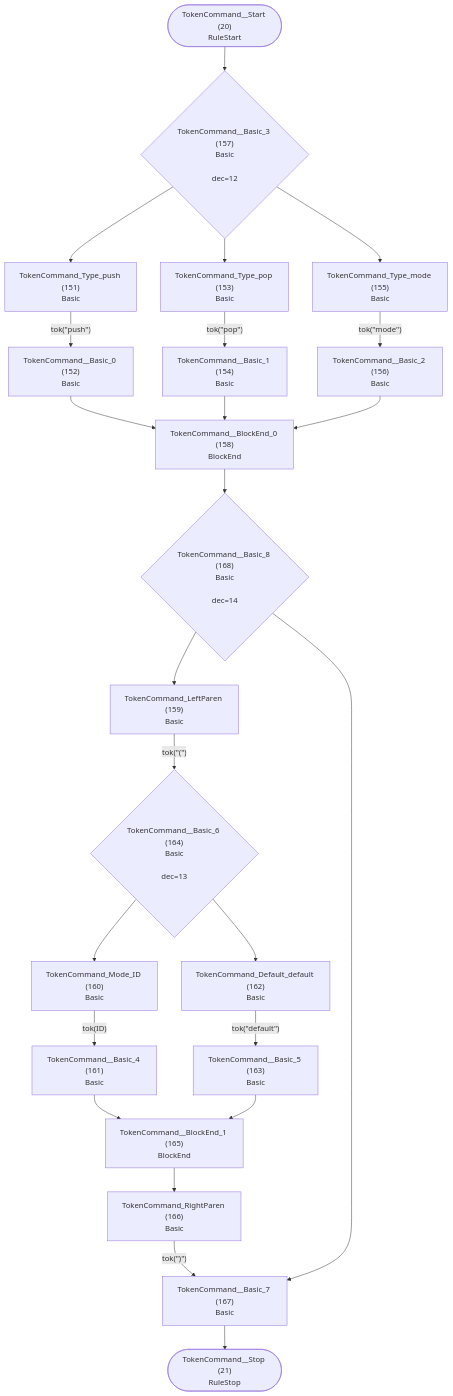
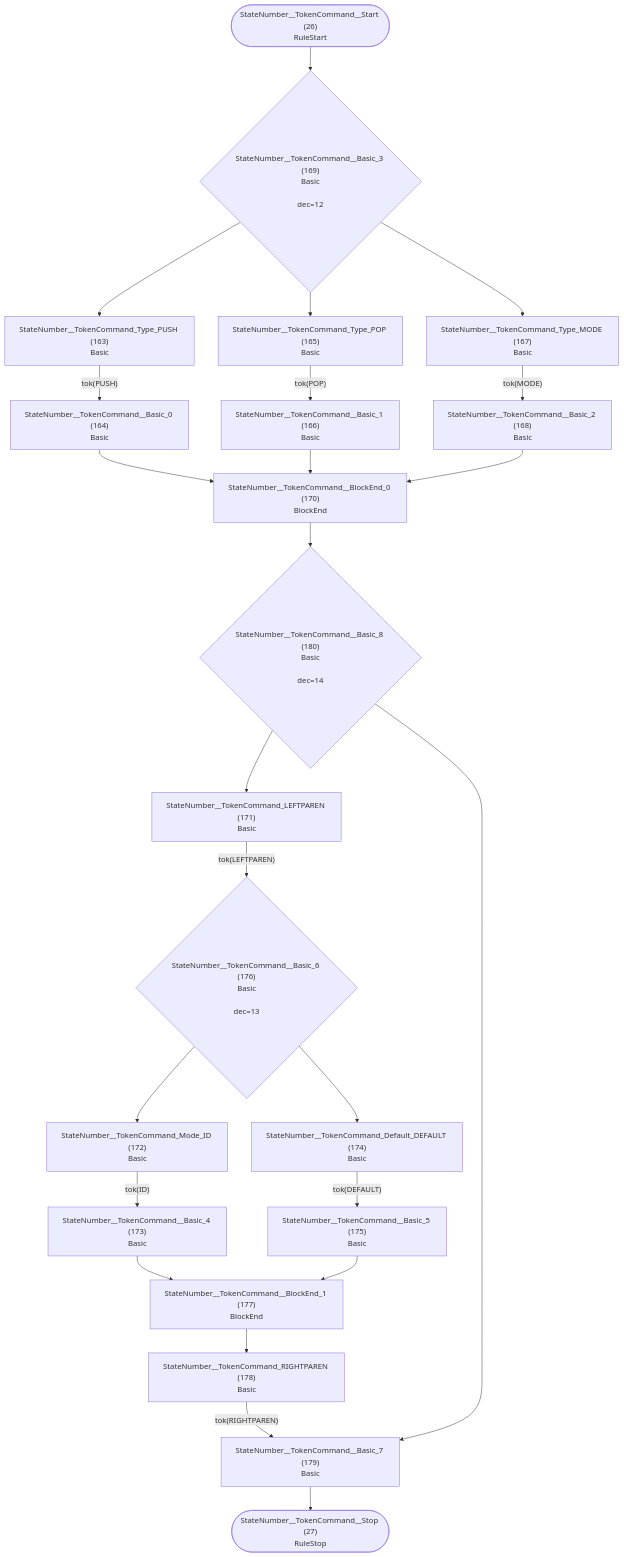
One commit to TypeFox/fastbelt changed diagram 14 of 32 in internal/grammar/atn.md. Above: the diagram before and after it, drawn with Mermaid. The commit also changed other lines of this file and 5 other files, not shown here.

````diff
--- a/internal/grammar/atn.md
+++ b/internal/grammar/atn.md
@@ -310,47 +352,47 @@
 ```mermaid
 flowchart TD
-    q20(["TokenCommand__Start (20)<br/>RuleStart"])
-    q21(["TokenCommand__Stop (21)<br/>RuleStop"])
-    q151["TokenCommand_Type_push (151)<br/>Basic<br/>"]
-    q152["TokenCommand__Basic_0 (152)<br/>Basic<br/>"]
-    q153["TokenCommand_Type_pop (153)<br/>Basic<br/>"]
-    q154["TokenCommand__Basic_1 (154)<br/>Basic<br/>"]
-    q155["TokenCommand_Type_mode (155)<br/>Basic<br/>"]
-    q156["TokenCommand__Basic_2 (156)<br/>Basic<br/>"]
-    q157{"TokenCommand__Basic_3 (157)<br/>Basic<br/><br/>dec=12"}
-    q158["TokenCommand__BlockEnd_0 (158)<br/>BlockEnd<br/>"]
-    q159["TokenCommand_LeftParen (159)<br/>Basic<br/>"]
-    q160["TokenCommand_Mode_ID (160)<br/>Basic<br/>"]
-    q161["TokenCommand__Basic_4 (161)<br/>Basic<br/>"]
-    q162["TokenCommand_Default_default (162)<br/>Basic<br/>"]
-    q163["TokenCommand__Basic_5 (163)<br/>Basic<br/>"]
-    q164{"TokenCommand__Basic_6 (164)<br/>Basic<br/><br/>dec=13"}
-    q165["TokenCommand__BlockEnd_1 (165)<br/>BlockEnd<br/>"]
-    q166["TokenCommand_RightParen (166)<br/>Basic<br/>"]
-    q167["TokenCommand__Basic_7 (167)<br/>Basic<br/>"]
-    q168{"TokenCommand__Basic_8 (168)<br/>Basic<br/><br/>dec=14"}
+    q26(["StateNumber__TokenCommand__Start (26)<br/>RuleStart"])
+    q27(["StateNumber__TokenCommand__Stop (27)<br/>RuleStop"])
+    q163["StateNumber__TokenCommand_Type_PUSH (163)<br/>Basic<br/>"]
+    q164["StateNumber__TokenCommand__Basic_0 (164)<br/>Basic<br/>"]
+    q165["StateNumber__TokenCommand_Type_POP (165)<br/>Basic<br/>"]
+    q166["StateNumber__TokenCommand__Basic_1 (166)<br/>Basic<br/>"]
+    q167["StateNumber__TokenCommand_Type_MODE (167)<br/>Basic<br/>"]
+    q168["StateNumber__TokenCommand__Basic_2 (168)<br/>Basic<br/>"]
+    q169{"StateNumber__TokenCommand__Basic_3 (169)<br/>Basic<br/><br/>dec=12"}
+    q170["StateNumber__TokenCommand__BlockEnd_0 (170)<br/>BlockEnd<br/>"]
+    q171["StateNumber__TokenCommand_LEFTPAREN (171)<br/>Basic<br/>"]
+    q172["StateNumber__TokenCommand_Mode_ID (172)<br/>Basic<br/>"]
+    q173["StateNumber__TokenCommand__Basic_4 (173)<br/>Basic<br/>"]
+    q174["StateNumber__TokenCommand_Default_DEFAULT (174)<br/>Basic<br/>"]
+    q175["StateNumber__TokenCommand__Basic_5 (175)<br/>Basic<br/>"]
+    q176{"StateNumber__TokenCommand__Basic_6 (176)<br/>Basic<br/><br/>dec=13"}
+    q177["StateNumber__TokenCommand__BlockEnd_1 (177)<br/>BlockEnd<br/>"]
+    q178["StateNumber__TokenCommand_RIGHTPAREN (178)<br/>Basic<br/>"]
+    q179["StateNumber__TokenCommand__Basic_7 (179)<br/>Basic<br/>"]
+    q180{"StateNumber__TokenCommand__Basic_8 (180)<br/>Basic<br/><br/>dec=14"}
 
-    q20 --> q157
-    q151 -->|"tok(&quot;push&quot;)"| q152
-    q152 --> q158
-    q153 -->|"tok(&quot;pop&quot;)"| q154
-    q154 --> q158
-    q155 -->|"tok(&quot;mode&quot;)"| q156
-    q156 --> q158
-    q157 --> q151
-    q157 --> q153
-    q157 --> q155
-    q158 --> q168
-    q159 -->|"tok(&quot;(&quot;)"| q164
-    q160 -->|"tok(ID)"| q161
-    q161 --> q165
-    q162 -->|"tok(&quot;default&quot;)"| q163
-    q163 --> q165
-    q164 --> q160
-    q164 --> q162
-    q165 --> q166
-    q166 -->|"tok(&quot;)&quot;)"| q167
-    q167 --> q21
-    q168 --> q159
-    q168 --> q167
+    q26 --> q169
+    q163 -->|"tok(PUSH)"| q164
+    q164 --> q170
+    q165 -->|"tok(POP)"| q166
+    q166 --> q170
+    q167 -->|"tok(MODE)"| q168
+    q168 --> q170
+    q169 --> q163
+    q169 --> q165
+    q169 --> q167
+    q170 --> q180
+    q171 -->|"tok(LEFTPAREN)"| q176
+    q172 -->|"tok(ID)"| q173
+    q173 --> q177
+    q174 -->|"tok(DEFAULT)"| q175
+    q175 --> q177
+    q176 --> q172
+    q176 --> q174
+    q177 --> q178
+    q178 -->|"tok(RIGHTPAREN)"| q179
+    q179 --> q27
+    q180 --> q171
+    q180 --> q179
 ```
````
